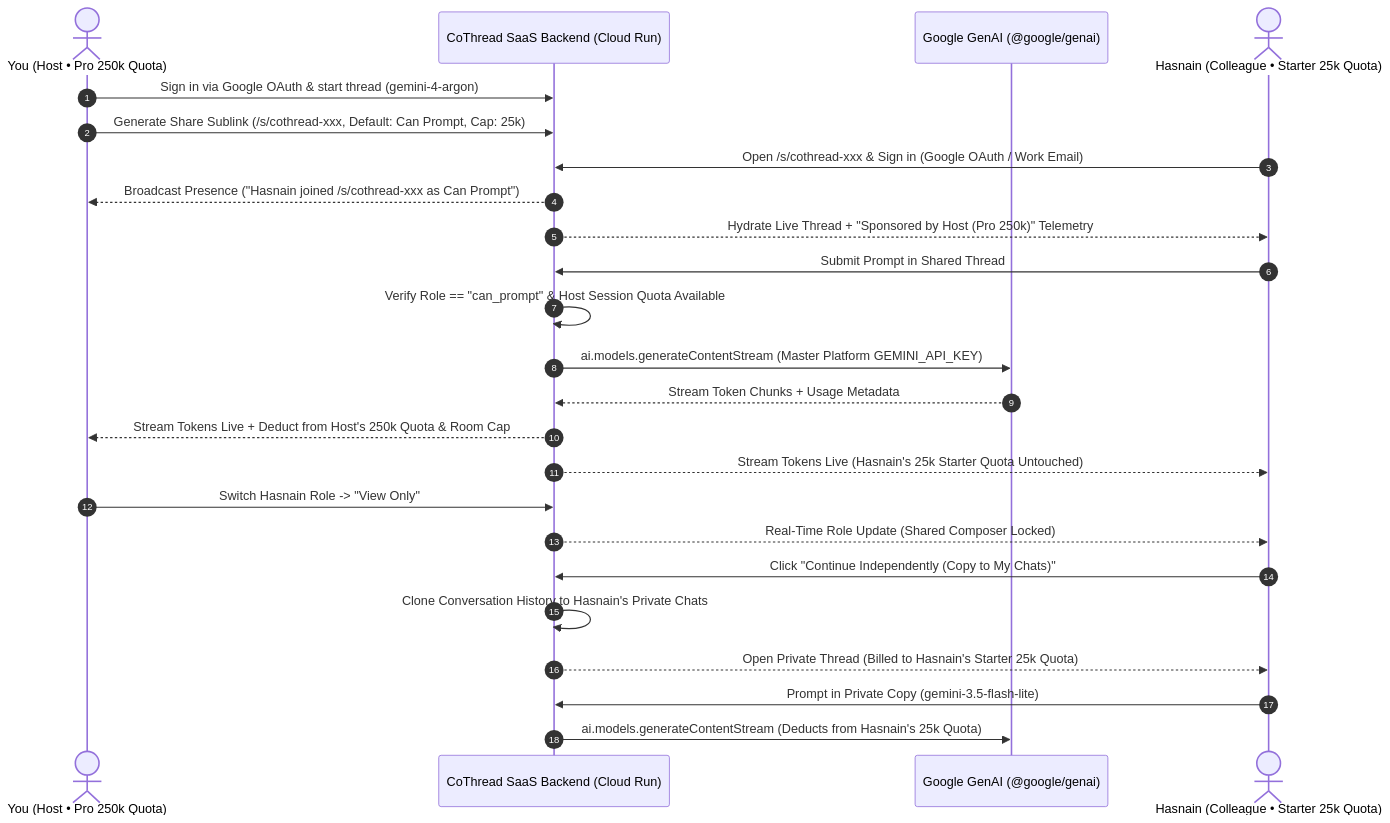
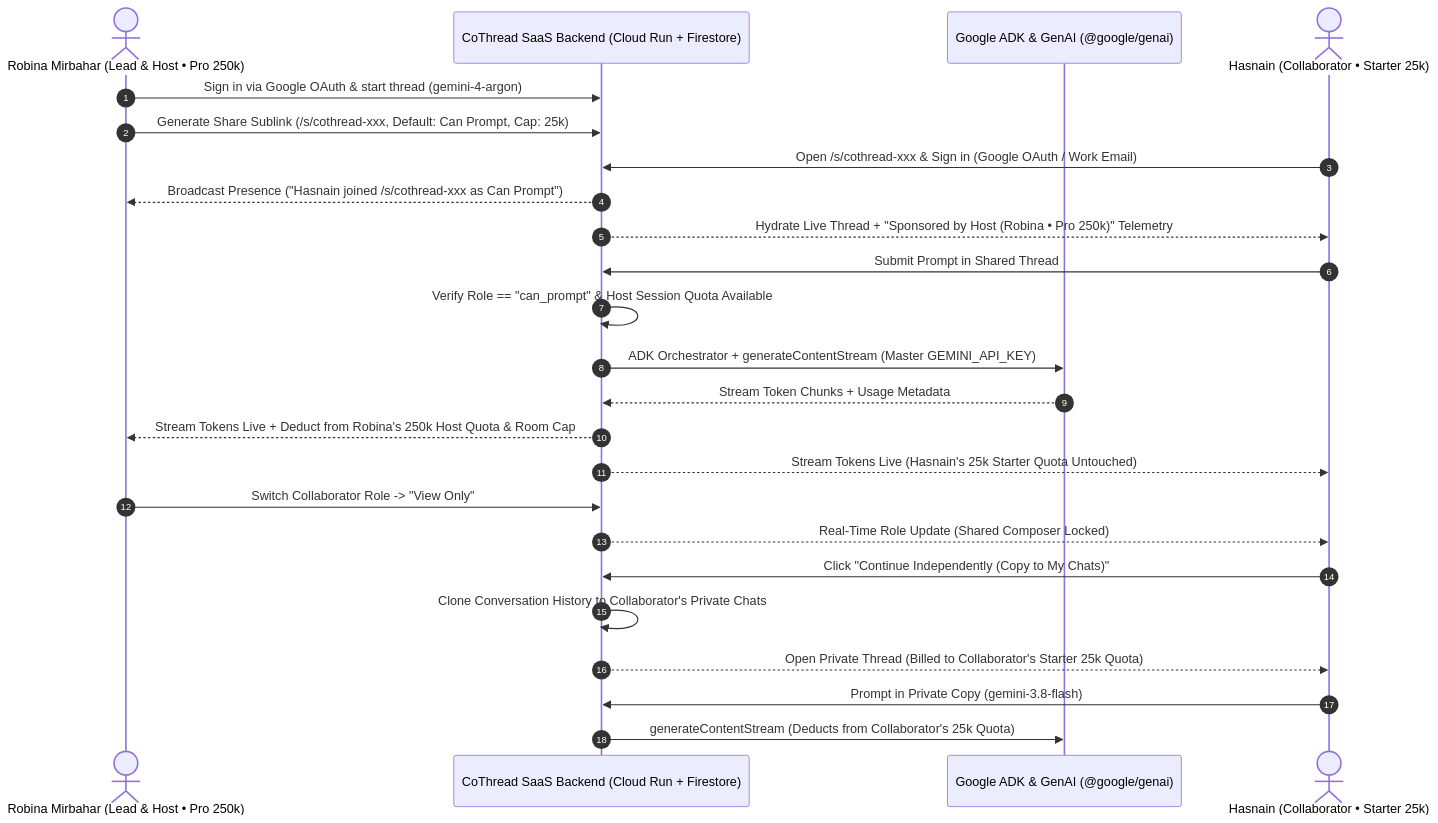
Before and after one commit to RobinaMirbahar/CoThread: the second of 2 diagrams in README.md, drawn with Mermaid. The commit also changed other lines of this file, not shown here.

Commit message:
Upload README.md (CoThread - AI Builder Cup 2026)

````diff
--- a/README.md
+++ b/README.md
@@ -90,30 +90,30 @@
 ```mermaid
 sequenceDiagram
     autonumber
-    actor Host as You (Host • Pro 250k Quota)
-    participant Server as CoThread SaaS Backend (Cloud Run)
-    participant GenAI as Google GenAI (@google/genai)
-    actor Guest as Hasnain (Colleague • Starter 25k Quota)
+    actor Host as Robina Mirbahar (Lead & Host • Pro 250k)
+    participant Server as CoThread SaaS Backend (Cloud Run + Firestore)
+    participant GenAI as Google ADK & GenAI (@google/genai)
+    actor Guest as Hasnain (Collaborator • Starter 25k)
 
     Host->>Server: Sign in via Google OAuth & start thread (gemini-4-argon)
     Host->>Server: Generate Share Sublink (/s/cothread-xxx, Default: Can Prompt, Cap: 25k)
     Guest->>Server: Open /s/cothread-xxx & Sign in (Google OAuth / Work Email)
     Server-->>Host: Broadcast Presence ("Hasnain joined /s/cothread-xxx as Can Prompt")
-    Server-->>Guest: Hydrate Live Thread + "Sponsored by Host (Pro 250k)" Telemetry
+    Server-->>Guest: Hydrate Live Thread + "Sponsored by Host (Robina • Pro 250k)" Telemetry
 
     Guest->>Server: Submit Prompt in Shared Thread
     Server->>Server: Verify Role == "can_prompt" & Host Session Quota Available
-    Server->>GenAI: ai.models.generateContentStream (Master Platform GEMINI_API_KEY)
+    Server->>GenAI: ADK Orchestrator + generateContentStream (Master GEMINI_API_KEY)
     GenAI-->>Server: Stream Token Chunks + Usage Metadata
-    Server-->>Host: Stream Tokens Live + Deduct from Host's 250k Quota & Room Cap
+    Server-->>Host: Stream Tokens Live + Deduct from Robina's 250k Host Quota & Room Cap
     Server-->>Guest: Stream Tokens Live (Hasnain's 25k Starter Quota Untouched)
 
-    Host->>Server: Switch Hasnain Role -> "View Only"
+    Host->>Server: Switch Collaborator Role -> "View Only"
     Server-->>Guest: Real-Time Role Update (Shared Composer Locked)
 
     Guest->>Server: Click "Continue Independently (Copy to My Chats)"
-    Server->>Server: Clone Conversation History to Hasnain's Private Chats
-    Server-->>Guest: Open Private Thread (Billed to Hasnain's Starter 25k Quota)
-    Guest->>Server: Prompt in Private Copy (gemini-3.5-flash-lite)
-    Server->>GenAI: ai.models.generateContentStream (Deducts from Hasnain's 25k Quota)
+    Server->>Server: Clone Conversation History to Collaborator's Private Chats
+    Server-->>Guest: Open Private Thread (Billed to Collaborator's Starter 25k Quota)
+    Guest->>Server: Prompt in Private Copy (gemini-3.8-flash)
+    Server->>GenAI: generateContentStream (Deducts from Collaborator's 25k Quota)
 ```
````
